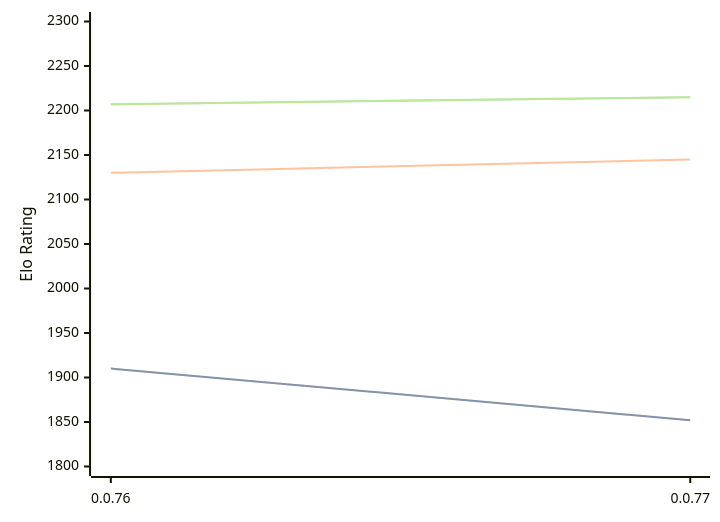
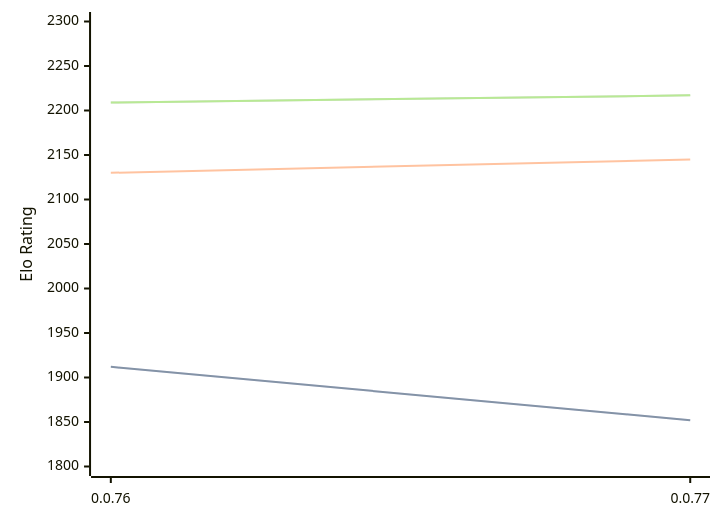
One commit to computer-chess-index/cci changed the diagram in engines/Fktb.md. Above: the diagram before and after it, drawn with Mermaid. The commit also changed other lines of this file, not shown here.

Commit message:
Update CCI Ratings (ELO VLTC) - 2026-05-22

````diff
--- a/engines/Fktb.md
+++ b/engines/Fktb.md
@@ -32,11 +32,11 @@
 ```mermaid
 %%{init: {"theme":"base","themeVariables":{"seriesColors:['#a3a3a3','#222221','#faa371']}}}%%
 xychart-beta
   x-axis ["0.0.76", "0.0.77"]
   y-axis "Elo Rating" 1800 --> 2300
-  line "STC (8.0+0.08s)" [1910, 1852]
-  line "STC (8.0+0.08s)" [1910, 1852]
+  line "STC (8.0+0.08s)" [1912, 1852]
+  line "STC (8.0+0.08s)" [1912, 1852]
   line "LTC (60.0+0.60s)" [2130, 2145]
-  line "VLTC (2m24s+1.12s)" [2207, 2215]
-  line "VLTC (2m24s+1.12s)" [2207, 2215]
+  line "VLTC (2m24s+1.12s)" [2209, 2217]
+  line "VLTC (2m24s+1.12s)" [2209, 2217]
 ```
````
